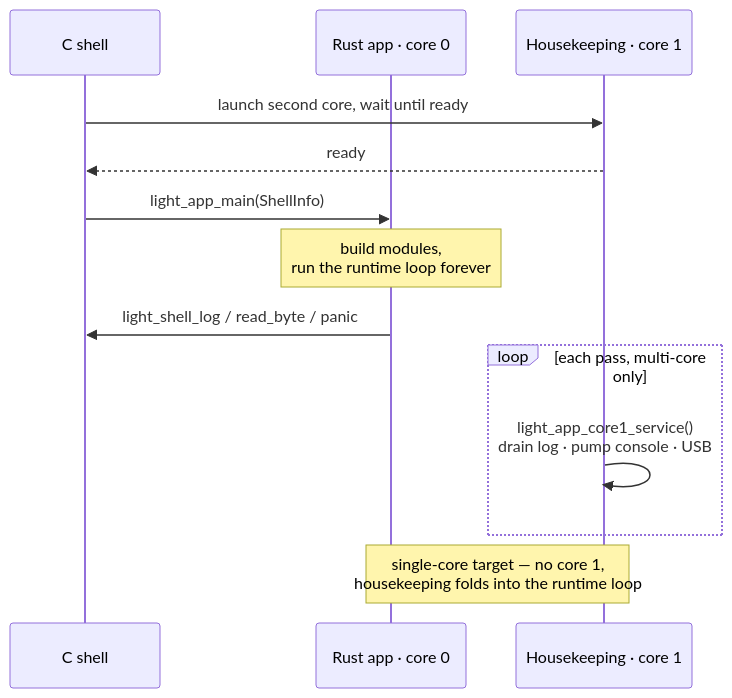
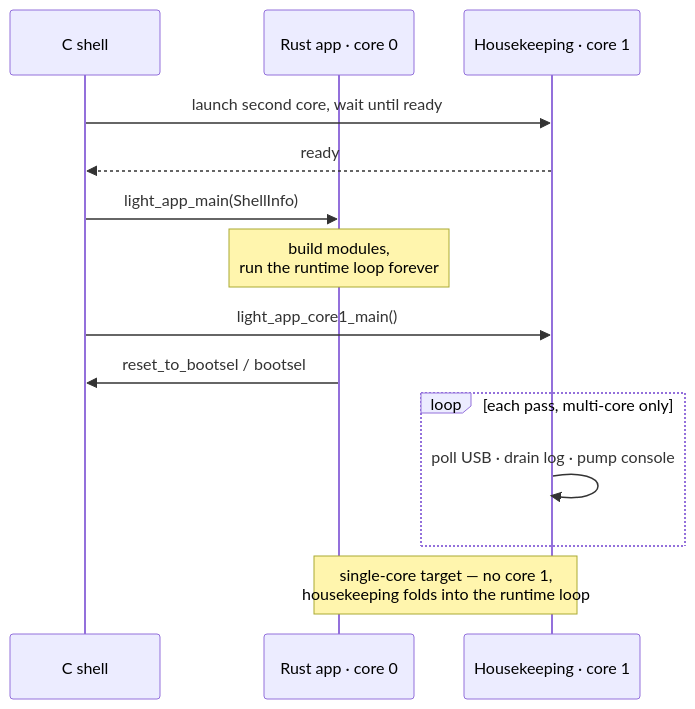
The diagram in documents/00-overview.md (lightsource-nz/light_mk5), drawn with Mermaid before and after one commit. The commit also changed other lines of this file and 4 other files, not shown here.

````diff
--- a/documents/00-overview.md
+++ b/documents/00-overview.md
@@ -122,15 +123,16 @@
 ```mermaid
 sequenceDiagram
     participant B as C shell
     participant R as Rust app · core 0
     participant H as Housekeeping · core 1
     B->>H: launch second core, wait until ready
     H-->>B: ready
     B->>R: light_app_main(ShellInfo)
     Note over R: build modules,<br/>run the runtime loop forever
-    R->>B: light_shell_log / read_byte / panic
+    B->>H: light_app_core1_main()
+    R->>B: reset_to_bootsel / bootsel
     loop each pass, multi-core only
-        H->>H: light_app_core1_service()<br/>drain log · pump console · USB
+        H->>H: poll USB · drain log · pump console
     end
     Note over R,H: single-core target — no core 1,<br/>housekeeping folds into the runtime loop
 ```
````
